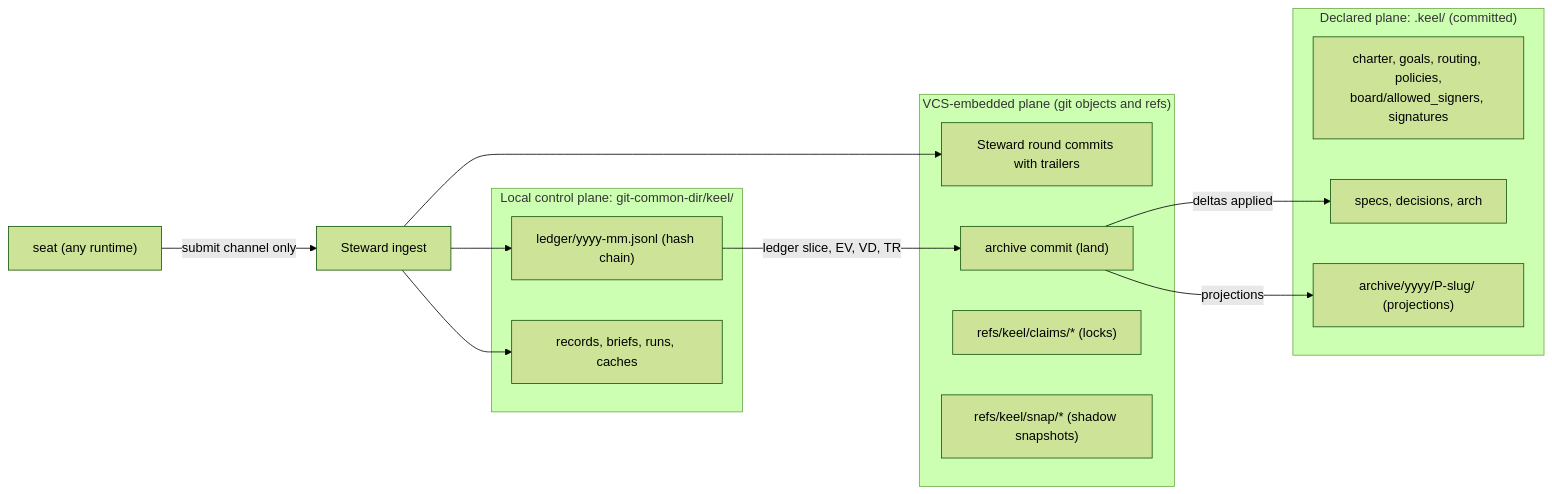
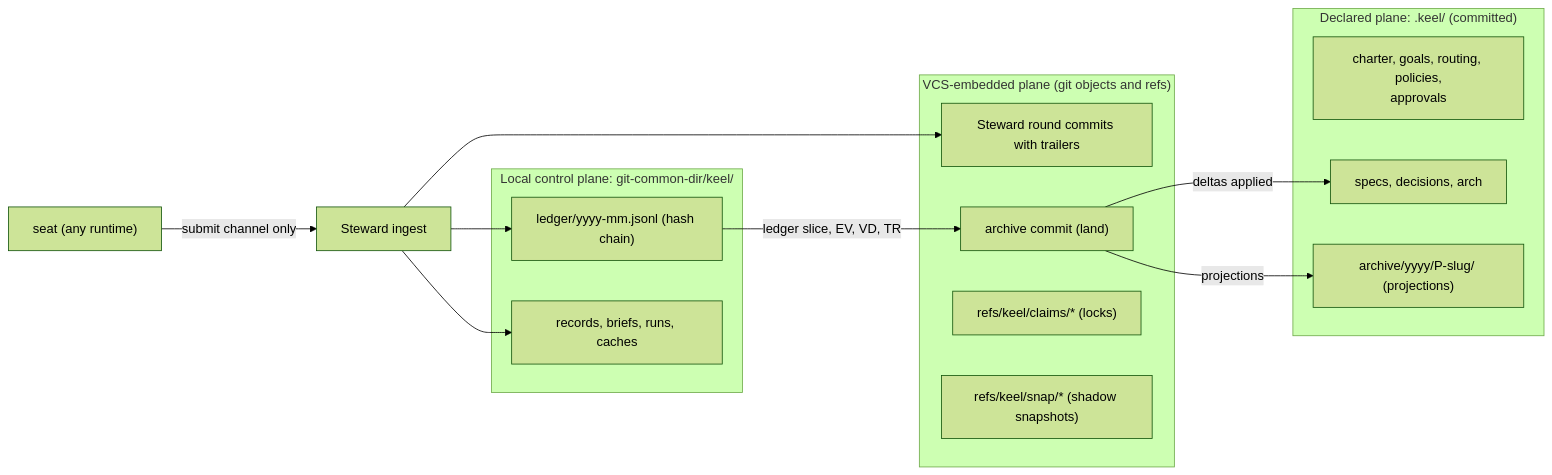
Before and after one commit to Qither/keel: the first of 2 diagrams in docs/04-trace-and-state.md, drawn with Mermaid (forest theme). The commit also changed other lines of this file and 130 other files, not shown here.

````diff
--- a/docs/04-trace-and-state.md
+++ b/docs/04-trace-and-state.md
@@ -20,25 +20,25 @@
 ```mermaid
 flowchart LR
   subgraph declared["Declared plane: .keel/ (committed)"]
-    gov["charter, goals, routing, policies,<br/>board/allowed_signers, signatures"]
+    gov["charter, goals, routing, policies,<br/>approvals"]
     living["specs, decisions, arch"]
     archive["archive/yyyy/P-slug/ (projections)"]
   end
   subgraph vcs["VCS-embedded plane (git objects and refs)"]
     trailers["Steward round commits with trailers"]
     archivec["archive commit (land)"]
     claims["refs/keel/claims/* (locks)"]
     snaps["refs/keel/snap/* (shadow snapshots)"]
   end
   subgraph local["Local control plane: git-common-dir/keel/"]
     ledger["ledger/yyyy-mm.jsonl (hash chain)"]
     records["records, briefs, runs, caches"]
   end
   seat["seat (any runtime)"] -- "submit channel only" --> ingest["Steward ingest"]
   ingest --> ledger
   ingest --> records
   ingest --> trailers
   ledger -- "ledger slice, EV, VD, TR" --> archivec
   archivec -- "projections" --> archive
   archivec -- "deltas applied" --> living
 ```
````
